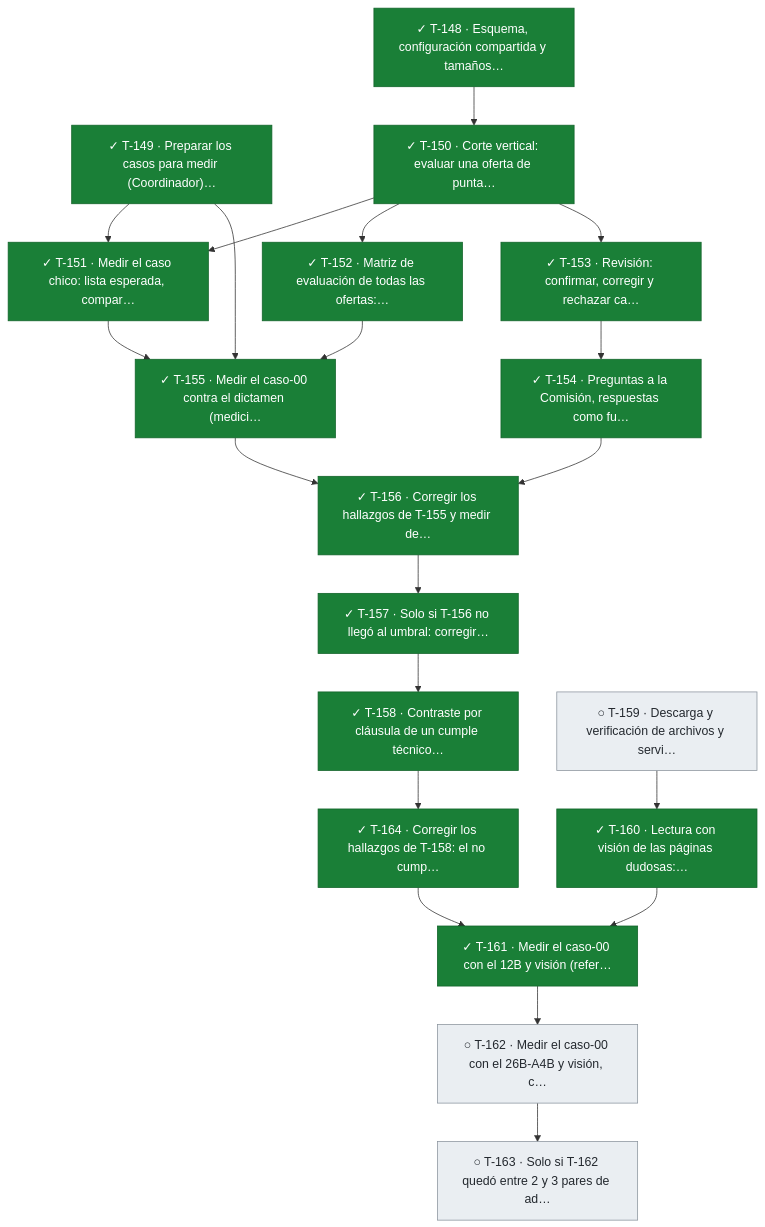
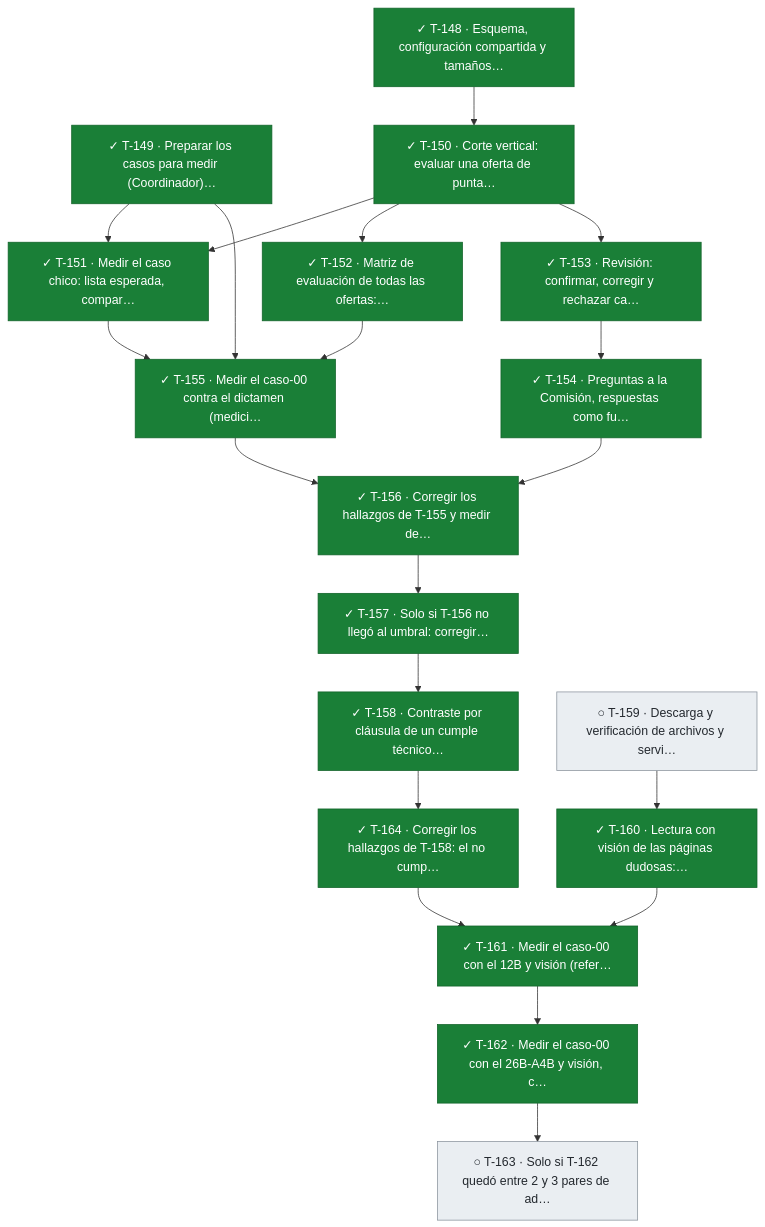
One commit to snavello/EVALUON changed the seventh of 11 diagrams in docs/tablero.md. Above: the diagram before and after it, drawn with Mermaid. The commit also changed other lines of this file and 1 other file, not shown here.

````diff
--- a/docs/tablero.md
+++ b/docs/tablero.md
@@ -692,44 +692,44 @@
 ```mermaid
 flowchart TD
   T148["✓ T-148 · Esquema, configuración compartida y tamaños…"]:::done
   T149["✓ T-149 · Preparar los casos para medir (Coordinador)…"]:::done
   T150["✓ T-150 · Corte vertical: evaluar una oferta de punta…"]:::done
   T151["✓ T-151 · Medir el caso chico: lista esperada, compar…"]:::done
   T152["✓ T-152 · Matriz de evaluación de todas las ofertas:…"]:::done
   T153["✓ T-153 · Revisión: confirmar, corregir y rechazar ca…"]:::done
   T154["✓ T-154 · Preguntas a la Comisión, respuestas como fu…"]:::done
   T155["✓ T-155 · Medir el caso-00 contra el dictamen (medici…"]:::done
   T156["✓ T-156 · Corregir los hallazgos de T-155 y medir de…"]:::done
   T157["✓ T-157 · Solo si T-156 no llegó al umbral: corregir…"]:::done
   T158["✓ T-158 · Contraste por cláusula de un cumple técnico…"]:::done
   T164["✓ T-164 · Corregir los hallazgos de T-158: el no cump…"]:::done
   T159["○ T-159 · Descarga y verificación de archivos y servi…"]:::todo
   T160["✓ T-160 · Lectura con visión de las páginas dudosas:…"]:::done
   T161["✓ T-161 · Medir el caso-00 con el 12B y visión (refer…"]:::done
-  T162["○ T-162 · Medir el caso-00 con el 26B-A4B y visión, c…"]:::todo
+  T162["✓ T-162 · Medir el caso-00 con el 26B-A4B y visión, c…"]:::done
   T163["○ T-163 · Solo si T-162 quedó entre 2 y 3 pares de ad…"]:::todo
   T148 --> T150
   T149 --> T151
   T150 --> T151
   T150 --> T152
   T150 --> T153
   T153 --> T154
   T149 --> T155
   T151 --> T155
   T152 --> T155
   T154 --> T156
   T155 --> T156
   T156 --> T157
   T157 --> T158
   T158 --> T164
   T159 --> T160
   T160 --> T161
   T164 --> T161
   T161 --> T162
   T162 --> T163
   classDef done fill:#1a7f37,stroke:#116329,color:#ffffff
   classDef review fill:#0969da,stroke:#0550ae,color:#ffffff
   classDef active fill:#bf8700,stroke:#7d4e00,color:#ffffff
   classDef blocked fill:#cf222e,stroke:#a40e26,color:#ffffff
   classDef todo fill:#eaeef2,stroke:#8c959f,color:#24292f
 ```
````
